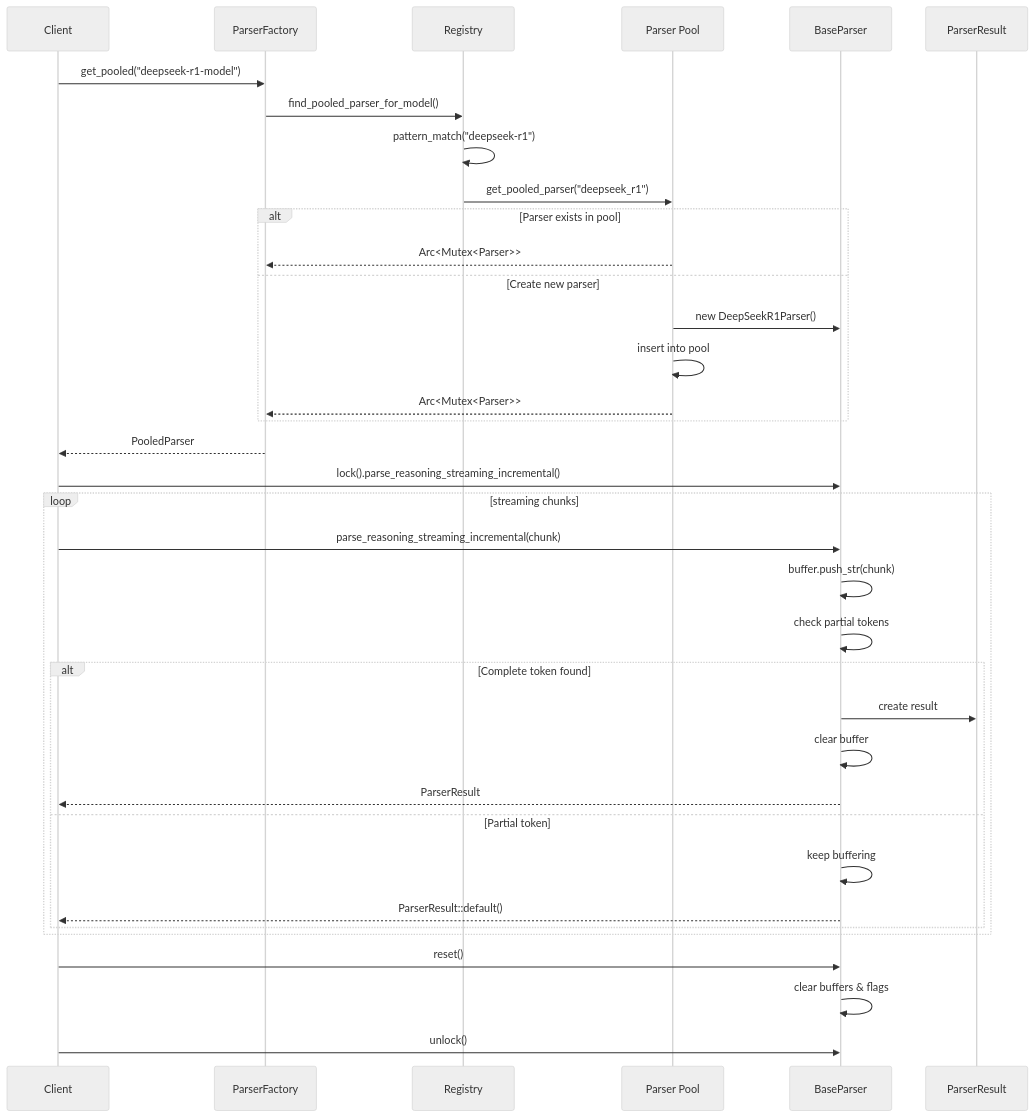
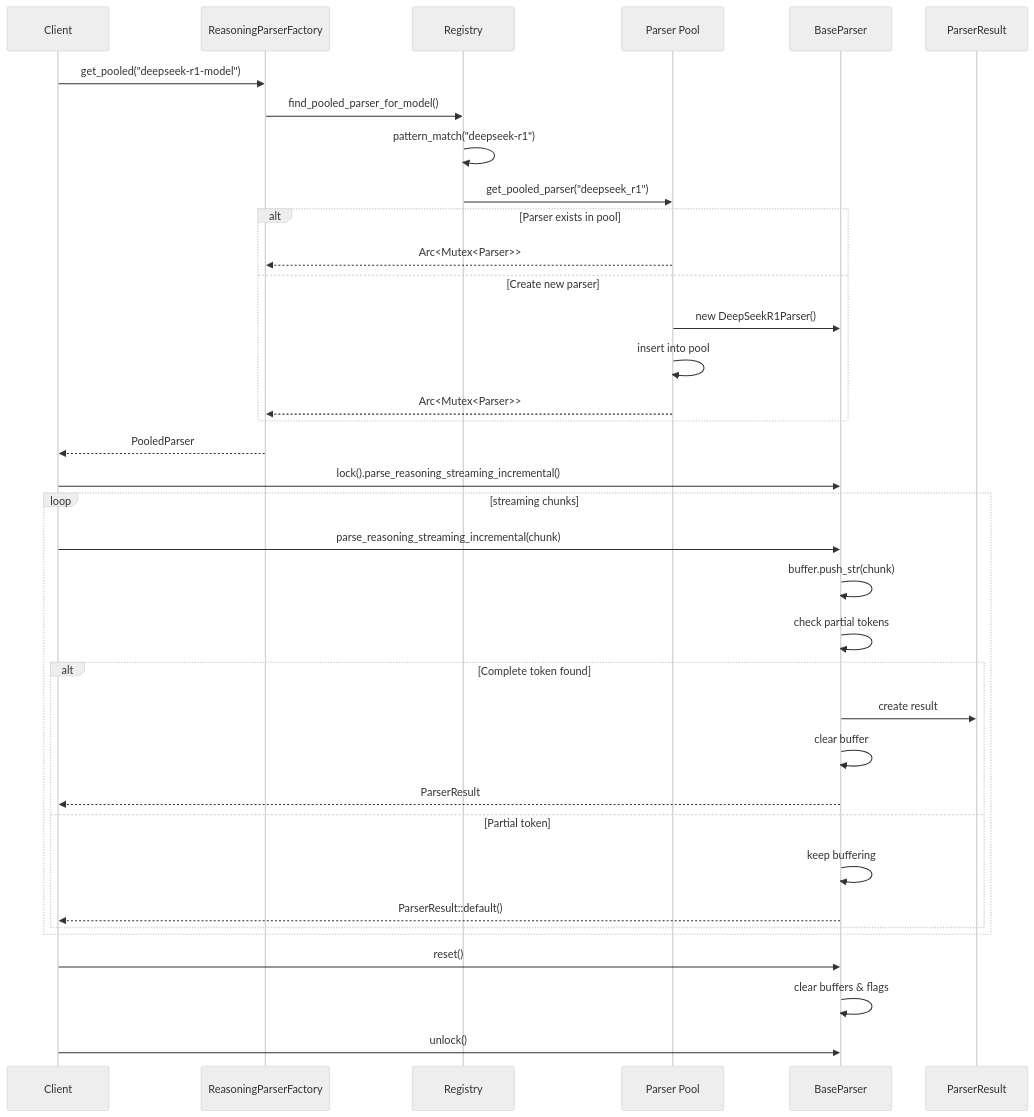
Before and after one commit to xiaoshuai/sglang: the second of 3 diagrams in sgl-router/src/reasoning_parser/README.md, drawn with Mermaid (neutral theme). The commit also changed other lines of this file and 935 other files, not shown here.

````diff
--- a/sgl-router/src/reasoning_parser/README.md
+++ b/sgl-router/src/reasoning_parser/README.md
@@ -93,44 +93,44 @@
 ```mermaid
 sequenceDiagram
     participant C as Client
-    participant F as ParserFactory
+    participant F as ReasoningParserFactory
     participant R as Registry
     participant P as Parser Pool
     participant BP as BaseParser
     participant PR as ParserResult
 
     C->>F: get_pooled("deepseek-r1-model")
     F->>R: find_pooled_parser_for_model()
     R->>R: pattern_match("deepseek-r1")
     R->>P: get_pooled_parser("deepseek_r1")
 
     alt Parser exists in pool
         P-->>F: Arc<Mutex<Parser>>
     else Create new parser
         P->>BP: new DeepSeekR1Parser()
         P->>P: insert into pool
         P-->>F: Arc<Mutex<Parser>>
     end
 
     F-->>C: PooledParser
 
     C->>BP: lock().parse_reasoning_streaming_incremental()
     loop streaming chunks
         C->>BP: parse_reasoning_streaming_incremental(chunk)
         BP->>BP: buffer.push_str(chunk)
         BP->>BP: check partial tokens
 
         alt Complete token found
             BP->>PR: create result
             BP->>BP: clear buffer
             BP-->>C: ParserResult
         else Partial token
             BP->>BP: keep buffering
             BP-->>C: ParserResult::default()
         end
     end
 
     C->>BP: reset()
     BP->>BP: clear buffers & flags
     C->>BP: unlock()
 ```
````
